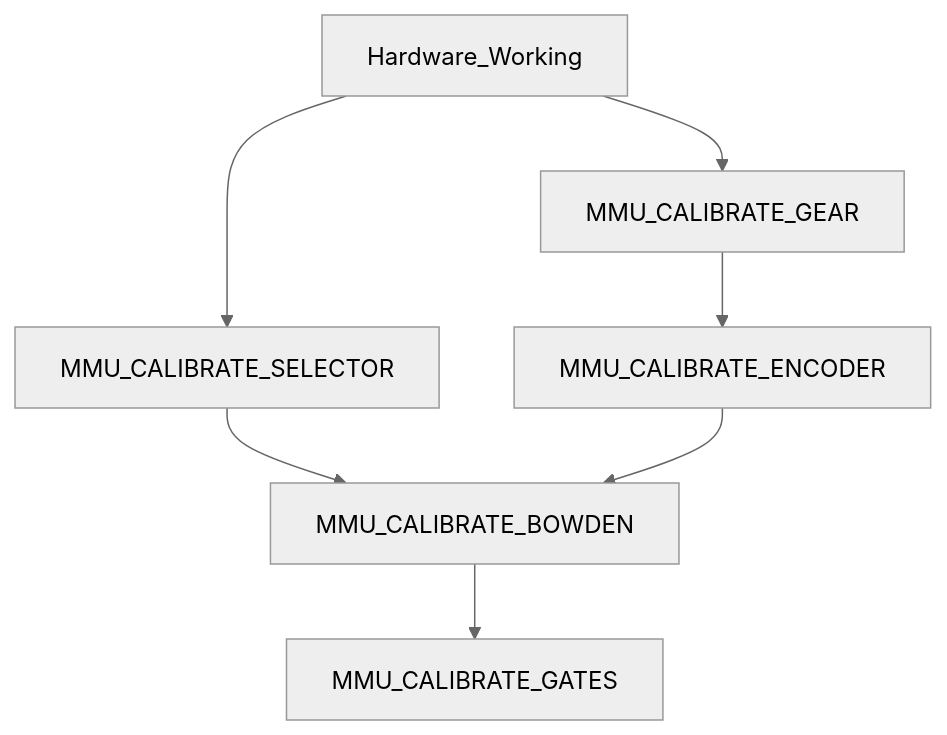
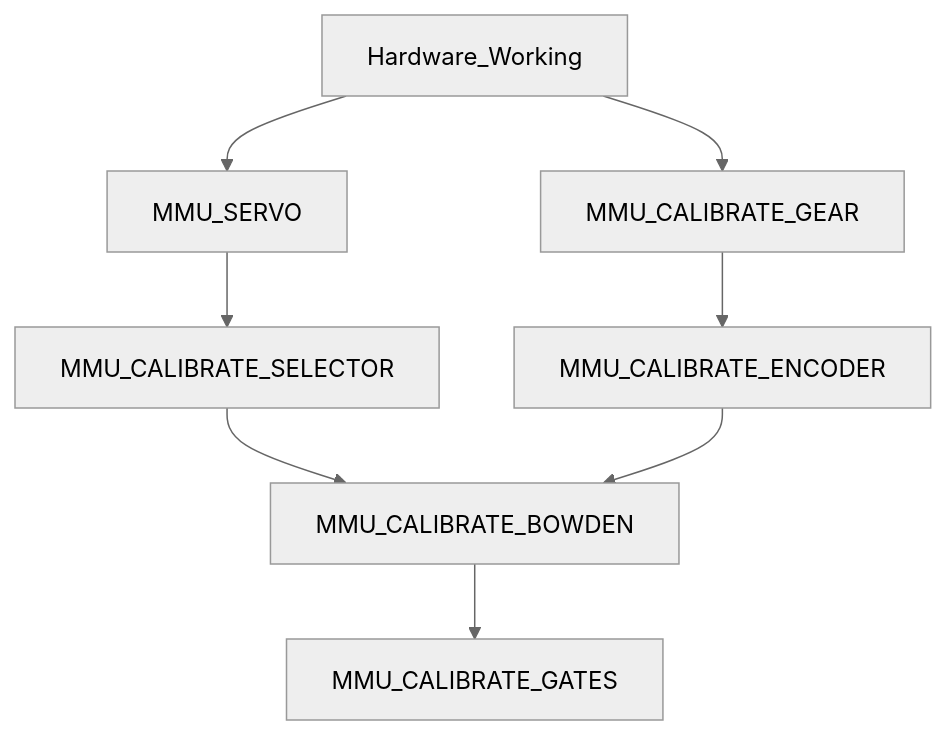
The diagram in doc/calibration.md (moggieuk/Happy-Hare), drawn with Mermaid (neutral theme) before and after one commit. The commit also changed 4 other files, not shown here.

````diff
--- a/doc/calibration.md
+++ b/doc/calibration.md
@@ -8,9 +8,10 @@
 ```mermaid
 graph TD;
-    Hardware_Working --> MMU_CALIBRATE_SELECTOR
+    Hardware_Working --> MMU_SERVO
+    MMU_SERVO --> MMU_CALIBRATE_SELECTOR
     MMU_CALIBRATE_SELECTOR --> MMU_CALIBRATE_BOWDEN
     Hardware_Working --> MMU_CALIBRATE_GEAR
     MMU_CALIBRATE_GEAR --> MMU_CALIBRATE_ENCODER
     MMU_CALIBRATE_ENCODER --> MMU_CALIBRATE_BOWDEN
     MMU_CALIBRATE_BOWDEN --> MMU_CALIBRATE_GATES
 ```
````
